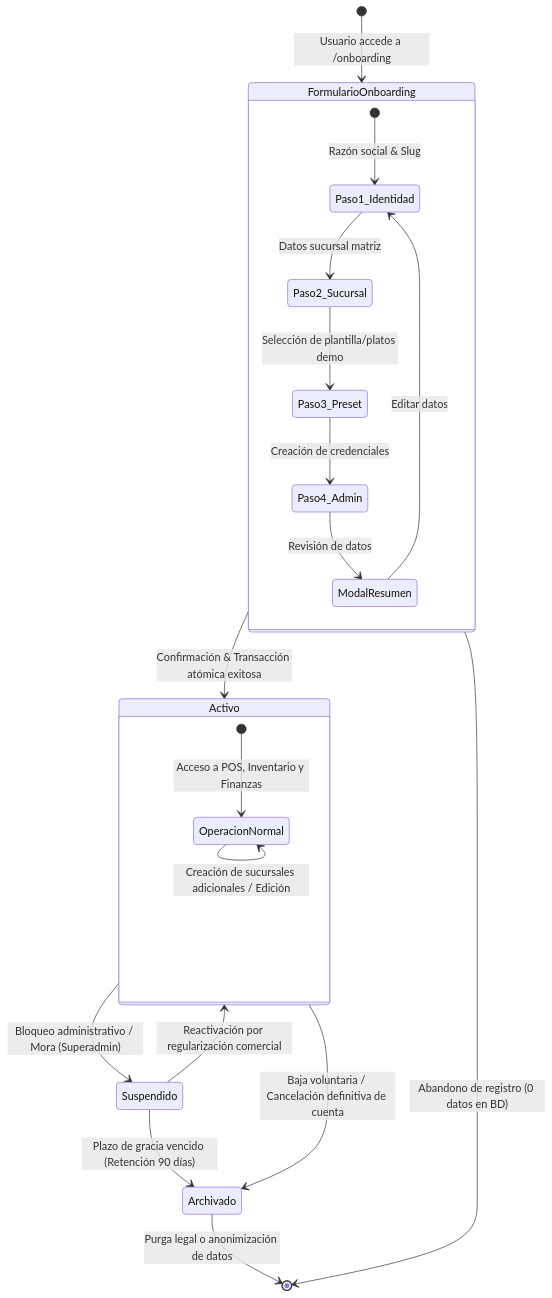
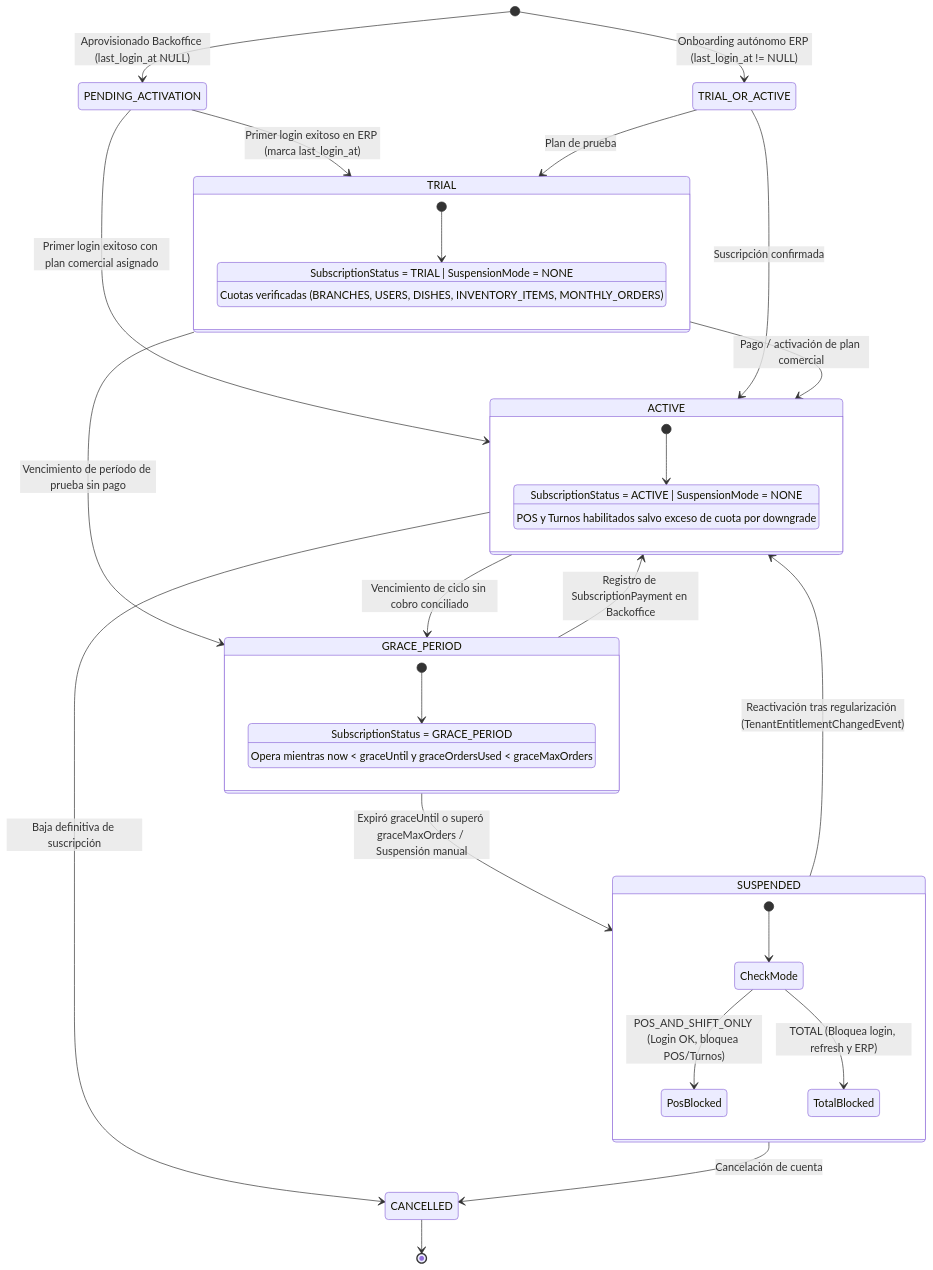
Before and after one commit to vakajose/gestion-restaurante: the diagram in docs/project/architecture/04-behavior-and-flows/state_tenant_lifecycle.md, drawn with Mermaid. The commit also changed other lines of this file and 156 other files, not shown here.

````diff
--- a/docs/project/architecture/04-behavior-and-flows/state_tenant_lifecycle.md
+++ b/docs/project/architecture/04-behavior-and-flows/state_tenant_lifecycle.md
@@ -25,29 +16,47 @@
 ```mermaid
 stateDiagram-v2
-    [*] --> FormularioOnboarding : Usuario accede a /onboarding
+    [*] --> PENDING_ACTIVATION : Aprovisionado Backoffice (last_login_at NULL)
+    [*] --> TRIAL_OR_ACTIVE : Onboarding autónomo ERP (last_login_at != NULL)
 
-    state FormularioOnboarding {
-        [*] --> Paso1_Identidad : Razón social & Slug
-        Paso1_Identidad --> Paso2_Sucursal : Datos sucursal matriz
-        Paso2_Sucursal --> Paso3_Preset : Selección de plantilla/platos demo
-        Paso3_Preset --> Paso4_Admin : Creación de credenciales
-        Paso4_Admin --> ModalResumen : Revisión de datos
-        ModalResumen --> Paso1_Identidad : Editar datos
+    PENDING_ACTIVATION --> TRIAL : Primer login exitoso en ERP (marca last_login_at)
+    PENDING_ACTIVATION --> ACTIVE : Primer login exitoso con plan comercial asignado
+
+    TRIAL_OR_ACTIVE --> TRIAL : Plan de prueba
+    TRIAL_OR_ACTIVE --> ACTIVE : Suscripción confirmada
+
+    state TRIAL {
+        [*] --> TrialOperational
+        TrialOperational : SubscriptionStatus = TRIAL | SuspensionMode = NONE
+        TrialOperational : Cuotas verificadas (BRANCHES, USERS, DISHES, INVENTORY_ITEMS, MONTHLY_ORDERS)
     }
 
-    FormularioOnboarding --> Activo : Confirmación & Transacción atómica exitosa
-    FormularioOnboarding --> [*] : Abandono de registro (0 datos en BD)
-
-    state Activo {
-        [*] --> OperacionNormal : Acceso a POS, Inventario y Finanzas
-        OperacionNormal --> OperacionNormal : Creación de sucursales adicionales / Edición
+    state ACTIVE {
+        [*] --> ActiveOperational
+        ActiveOperational : SubscriptionStatus = ACTIVE | SuspensionMode = NONE
+        ActiveOperational : POS y Turnos habilitados salvo exceso de cuota por downgrade
     }
 
-    Activo --> Suspendido : Bloqueo administrativo / Mora (Superadmin)
-    Suspendido --> Activo : Reactivación por regularización comercial
+    TRIAL --> ACTIVE : Pago / activación de plan comercial
+    TRIAL --> GRACE_PERIOD : Vencimiento de período de prueba sin pago
+    ACTIVE --> GRACE_PERIOD : Vencimiento de ciclo sin cobro conciliado
 
-    Activo --> Archivado : Baja voluntaria / Cancelación definitiva de cuenta
-    Suspendido --> Archivado : Plazo de gracia vencido (Retención 90 días)
+    state GRACE_PERIOD {
+        [*] --> GraceAllowed
+        GraceAllowed : SubscriptionStatus = GRACE_PERIOD
+        GraceAllowed : Opera mientras now < graceUntil y graceOrdersUsed < graceMaxOrders
+    }
 
-    Archivado --> [*] : Purga legal o anonimización de datos
+    GRACE_PERIOD --> ACTIVE : Registro de SubscriptionPayment en Backoffice
+    GRACE_PERIOD --> SUSPENDED : Expiró graceUntil o superó graceMaxOrders / Suspensión manual
+
+    state SUSPENDED {
+        [*] --> CheckMode
+        CheckMode --> PosBlocked : POS_AND_SHIFT_ONLY (Login OK, bloquea POS/Turnos)
+        CheckMode --> TotalBlocked : TOTAL (Bloquea login, refresh y ERP)
+    }
+
+    SUSPENDED --> ACTIVE : Reactivación tras regularización (TenantEntitlementChangedEvent)
+    ACTIVE --> CANCELLED : Baja definitiva de suscripción
+    SUSPENDED --> CANCELLED : Cancelación de cuenta
+    CANCELLED --> [*]
 ```
````
